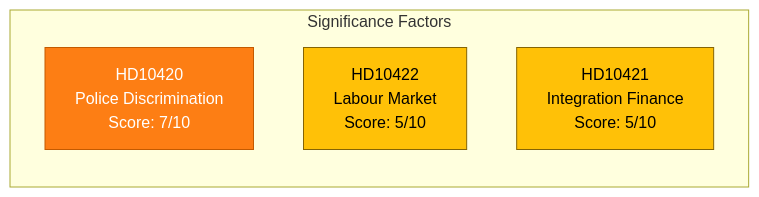
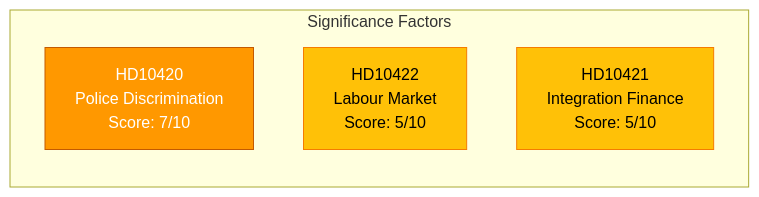
One commit to Hack23/riksdagsmonitor changed the diagram in analysis/daily/2026-03-27/interpellations/significance-scoring.md. Above: the diagram before and after it, drawn with Mermaid. The commit also changed 785 other files, not shown here.

First line of the commit message:
Normalize mermaid colors across 786 analysis artifacts to ISMS Style Guide palette

````diff
--- a/analysis/daily/2026-03-27/interpellations/significance-scoring.md
+++ b/analysis/daily/2026-03-27/interpellations/significance-scoring.md
@@ -24,11 +24,11 @@
 ```mermaid
 graph LR
     subgraph "Significance Factors"
         HD10420["HD10420<br/>Police Discrimination<br/>Score: 7/10"]
         HD10422["HD10422<br/>Labour Market<br/>Score: 5/10"]
         HD10421["HD10421<br/>Integration Finance<br/>Score: 5/10"]
     end
-    style HD10420 fill:#fd7e14,color:#fff,stroke:#c35a00
-    style HD10422 fill:#ffc107,color:#000,stroke:#856404
-    style HD10421 fill:#ffc107,color:#000,stroke:#856404
+    style HD10420 fill:#FF9800,color:#FFFFFF,stroke:#c35a00
+    style HD10422 fill:#FFC107,color:#000000,stroke:#F57C00
+    style HD10421 fill:#FFC107,color:#000000,stroke:#F57C00
 ```
````
